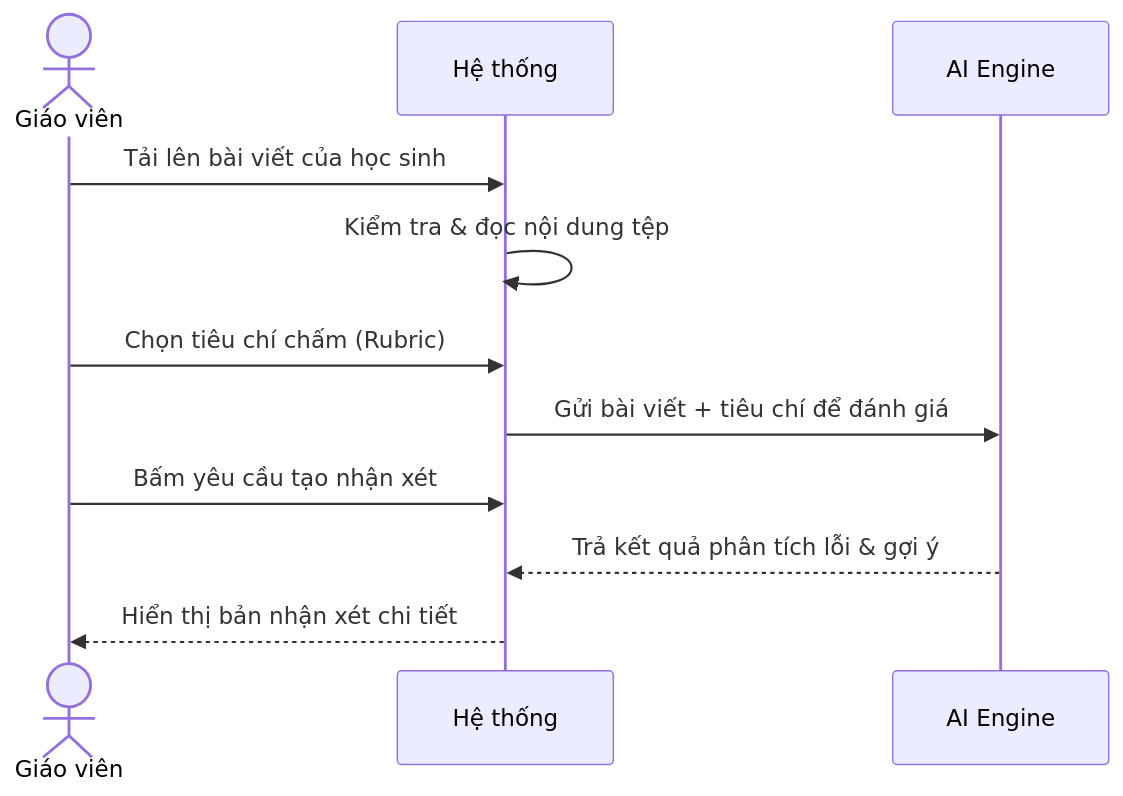
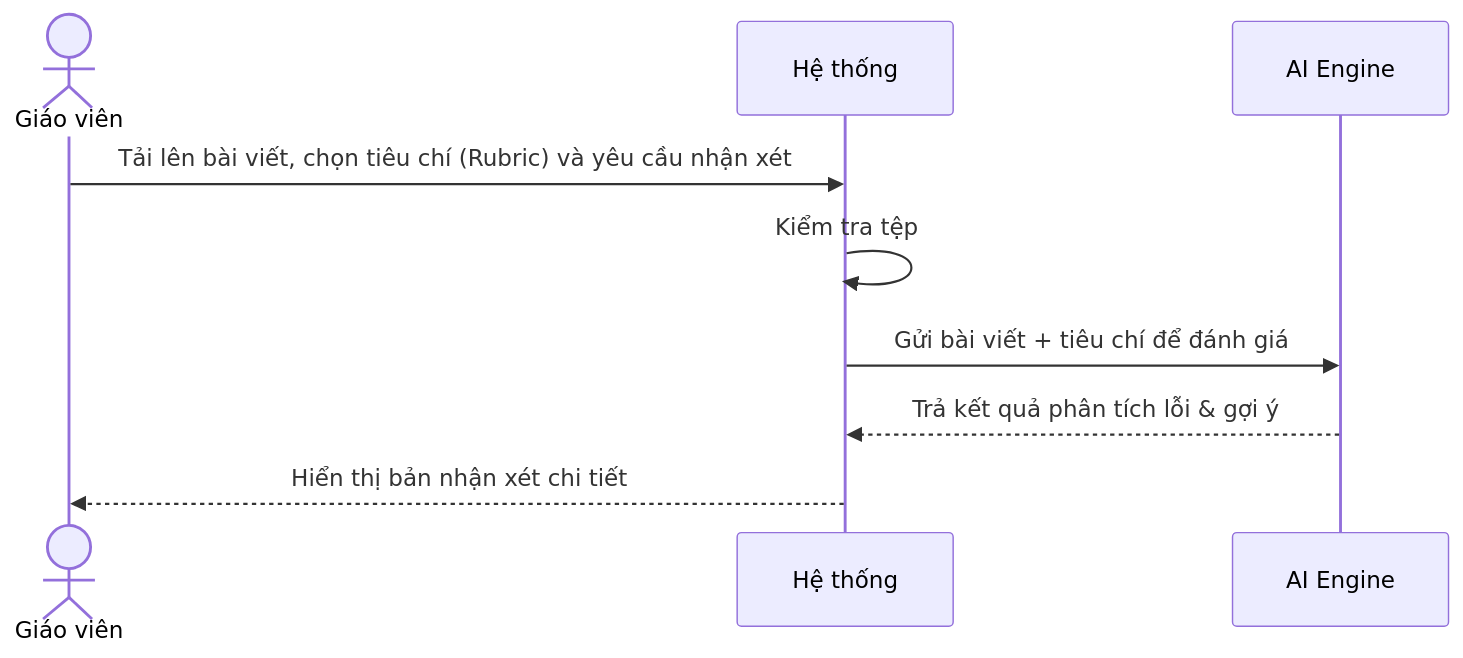
Before and after one commit to Cong-ty-TNNH-Q-Tech/Q-School: the second of 4 diagrams in docs/usecase/nhom_2_assessment_feedback.md, drawn with Mermaid. The commit also changed other lines of this file and 4 other files, not shown here.

Commit message:
docs(usecase): standardize all tables and sequence diagrams, fix temporal logic and AI roles

````diff
--- a/docs/usecase/nhom_2_assessment_feedback.md
+++ b/docs/usecase/nhom_2_assessment_feedback.md
@@ -54,14 +51,12 @@
 ```mermaid
 sequenceDiagram
     actor GV as Giáo viên
     participant HT as Hệ thống
     participant AI as AI Engine
 
-    GV->>HT: Tải lên bài viết của học sinh
-    HT->>HT: Kiểm tra & đọc nội dung tệp
-    GV->>HT: Chọn tiêu chí chấm (Rubric)
+    GV->>HT: Tải lên bài viết, chọn tiêu chí (Rubric) và yêu cầu nhận xét
+    HT->>HT: Kiểm tra tệp
     HT->>AI: Gửi bài viết + tiêu chí để đánh giá
-    GV->>HT: Bấm yêu cầu tạo nhận xét
     AI-->>HT: Trả kết quả phân tích lỗi & gợi ý
     HT-->>GV: Hiển thị bản nhận xét chi tiết
 ```
````
